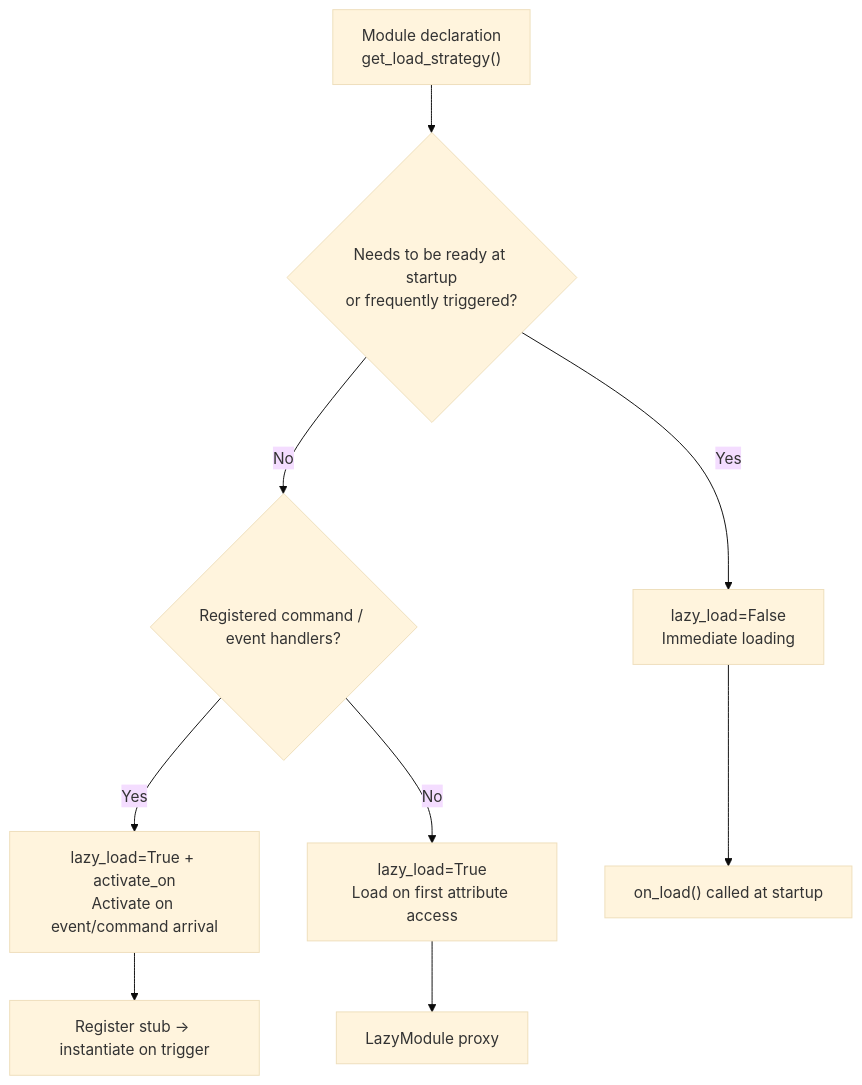
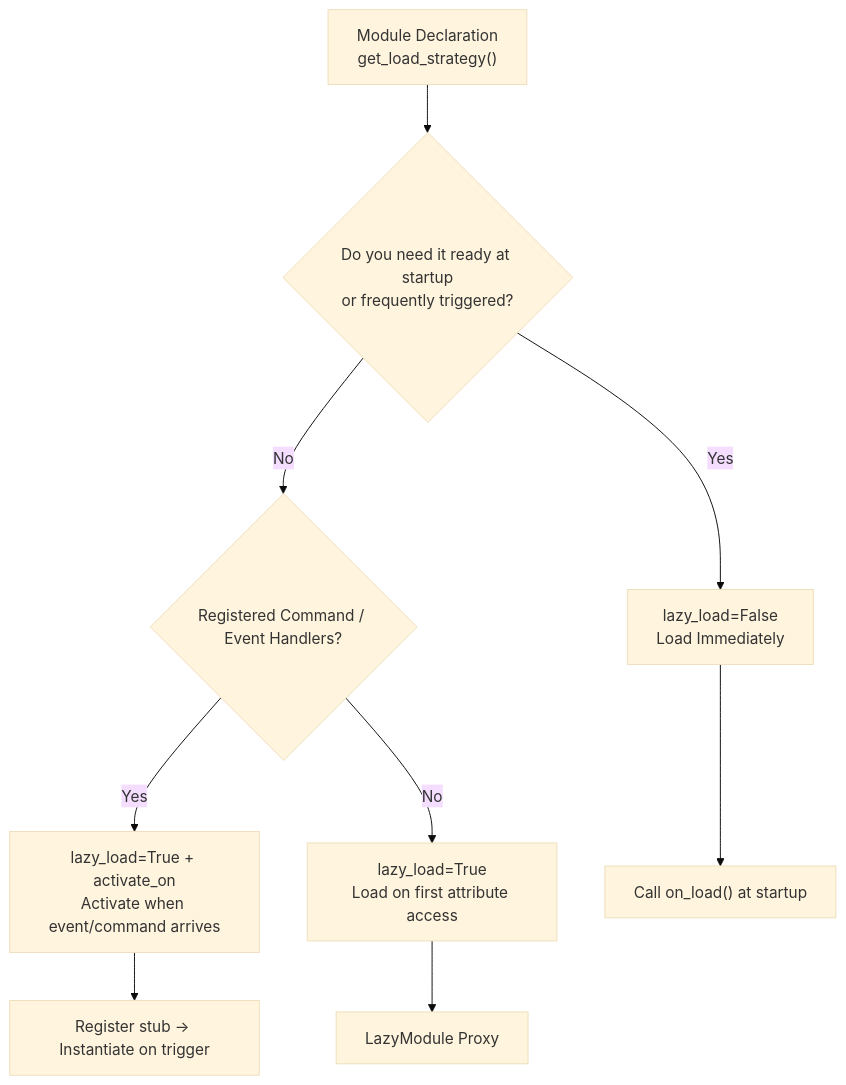
One commit to ErisPulse/ErisPulse changed the diagram in docs/en/advanced/lazy-loading.md. Above: the diagram before and after it, drawn with Mermaid (base theme). The commit also changed other lines of this file and 622 other files, not shown here.

````diff
--- a/docs/en/advanced/lazy-loading.md
+++ b/docs/en/advanced/lazy-loading.md
@@ -191,11 +191,11 @@
 ```mermaid
 flowchart TD
-    A["Module declaration<br/>get_load_strategy()"] --> B{"Needs to be ready at startup<br/>or frequently triggered?"}
-    B -->|"Yes"| C["lazy_load=False<br/>Immediate loading"]
-    B -->|"No"| D{"Registered command / event handlers?"}
-    D -->|"Yes"| E["lazy_load=True + activate_on<br/>Activate on event/command arrival"]
+    A["Module Declaration<br/>get_load_strategy()"] --> B{"Do you need it ready at startup<br/>or frequently triggered?"}
+    B -->|"Yes"| C["lazy_load=False<br/>Load Immediately"]
+    B -->|"No"| D{"Registered Command / Event Handlers?"}
+    D -->|"Yes"| E["lazy_load=True + activate_on<br/>Activate when event/command arrives"]
     D -->|"No"| F["lazy_load=True<br/>Load on first attribute access"]
-    C --> G["on_load() called at startup"]
-    E --> H["Register stub → instantiate on trigger"]
-    F --> I["LazyModule proxy"]
+    C --> G["Call on_load() at startup"]
+    E --> H["Register stub → Instantiate on trigger"]
+    F --> I["LazyModule Proxy"]
 ```
````
